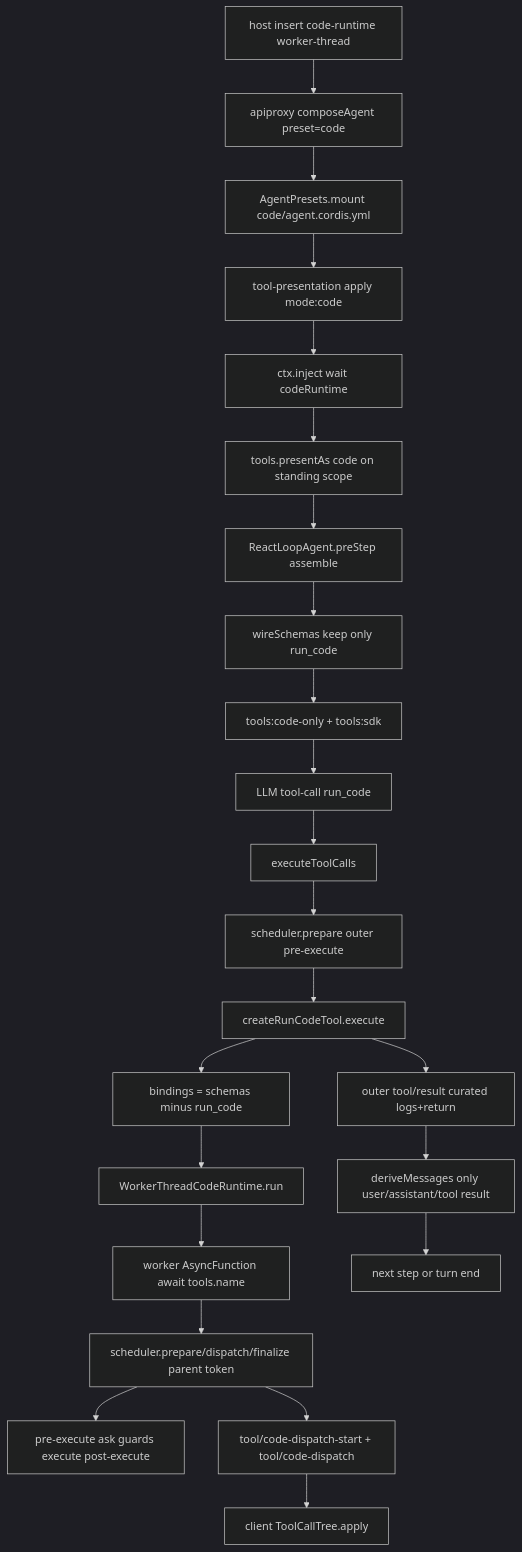
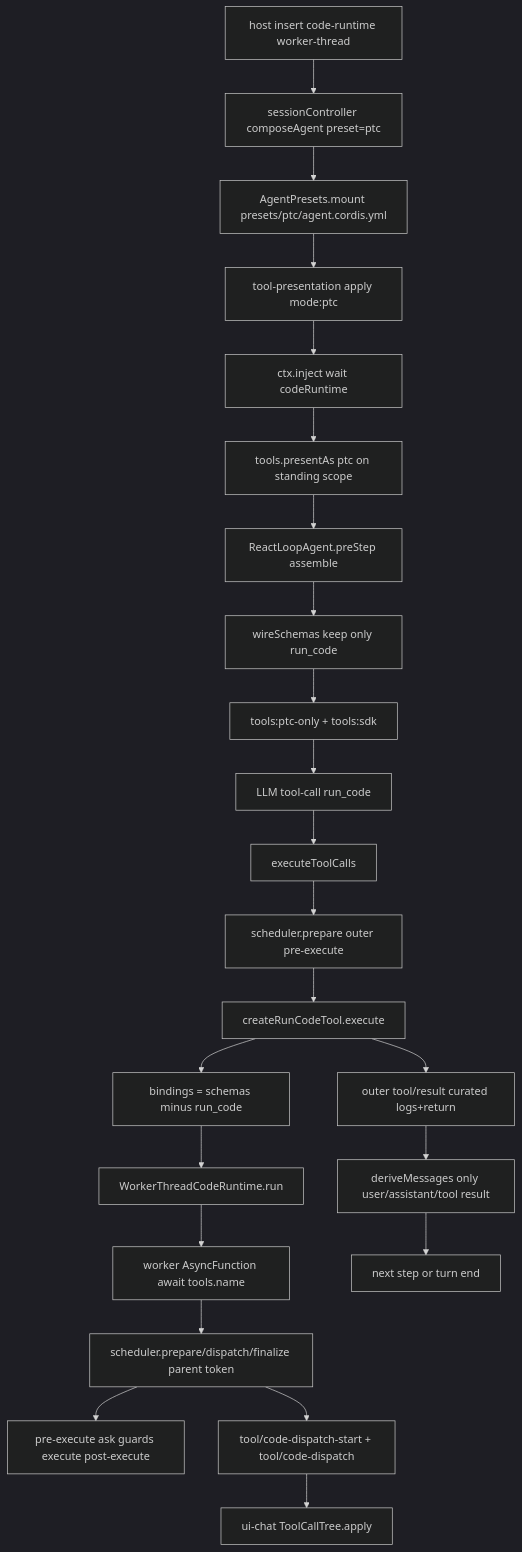
The diagram in docs/llm-wiki/deepseek-harness/spine/trace-code-mode.md (wdnmdtonyma/SOTA-Agent-LLM-Wiki), drawn with Mermaid (dark theme) before and after one commit. The commit also changed other lines of this file and 217 other files, not shown here.

````diff
--- a/docs/llm-wiki/deepseek-harness/spine/trace-code-mode.md
+++ b/docs/llm-wiki/deepseek-harness/spine/trace-code-mode.md
@@ -50,25 +51,25 @@
 ```mermaid
 flowchart TD
-  HostInsert["host insert code-runtime worker-thread"] --> Create["apiproxy composeAgent preset=code"]
-  Create --> Mount["AgentPresets.mount code/agent.cordis.yml"]
-  Mount --> PresentRow["tool-presentation apply mode:code"]
+  HostInsert["host insert code-runtime worker-thread"] --> Create["sessionController composeAgent preset=ptc"]
+  Create --> Mount["AgentPresets.mount presets/ptc/agent.cordis.yml"]
+  Mount --> PresentRow["tool-presentation apply mode:ptc"]
   PresentRow --> WaitRT["ctx.inject wait codeRuntime"]
-  WaitRT --> PresentAs["tools.presentAs code on standing scope"]
+  WaitRT --> PresentAs["tools.presentAs ptc on standing scope"]
   PresentAs --> PreStep["ReactLoopAgent.preStep assemble"]
   PreStep --> Wire["wireSchemas keep only run_code"]
-  Wire --> Prompt["tools:code-only + tools:sdk"]
+  Wire --> Prompt["tools:ptc-only + tools:sdk"]
   Prompt --> Model["LLM tool-call run_code"]
   Model --> Loop["executeToolCalls"]
   Loop --> OuterPrep["scheduler.prepare outer pre-execute"]
   OuterPrep --> RunCode["createRunCodeTool.execute"]
   RunCode --> Bind["bindings = schemas minus run_code"]
   Bind --> Worker["WorkerThreadCodeRuntime.run"]
   Worker --> Prog["worker AsyncFunction await tools.name"]
   Prog --> Nested["scheduler.prepare/dispatch/finalize parent token"]
   Nested --> Guards["pre-execute ask guards execute post-execute"]
   Nested --> DispatchLog["tool/code-dispatch-start + tool/code-dispatch"]
-  DispatchLog --> ClientTree["client ToolCallTree.apply"]
+  DispatchLog --> ClientTree["ui-chat ToolCallTree.apply"]
   RunCode --> OuterResult["outer tool/result curated logs+return"]
   OuterResult --> Derive["deriveMessages only user/assistant/tool result"]
   Derive --> NextStep["next step or turn end"]
 ```
````
